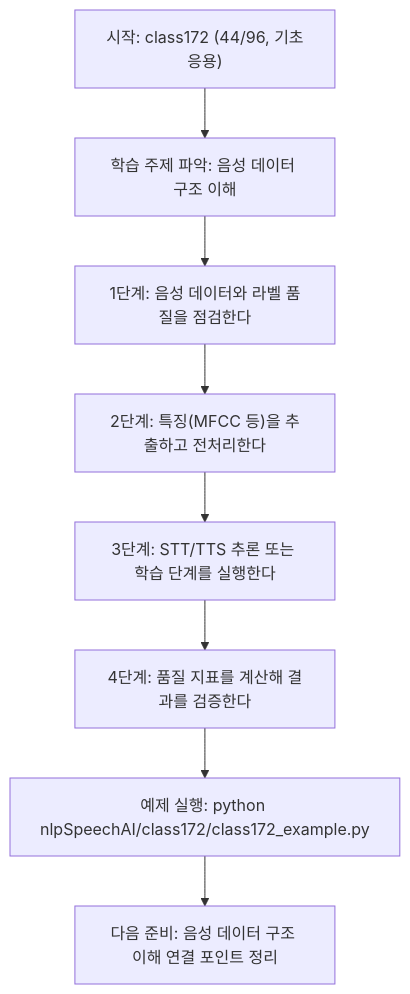
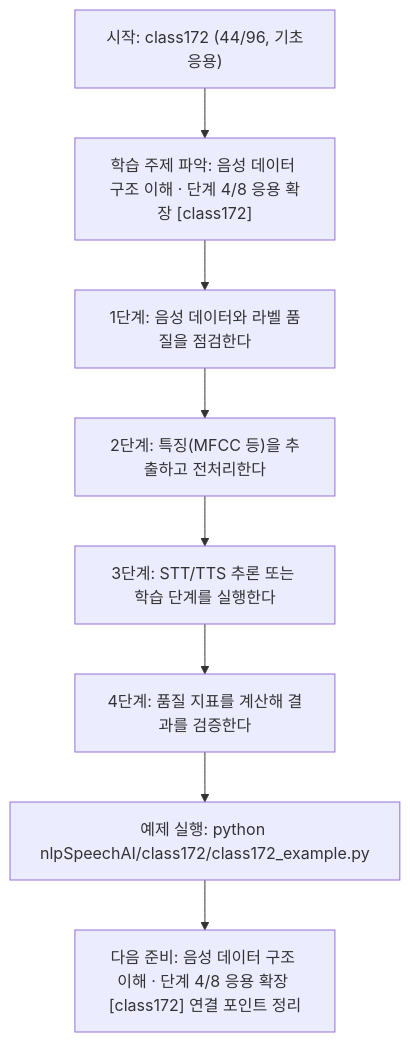
The diagram in nlpSpeechAI/class172/class172.md (edumgt/Python-AI_Agent-Class), drawn with Mermaid before and after one commit. The commit also changed other lines of this file and 522 other files, not shown here.

````diff
--- a/nlpSpeechAI/class172/class172.md
+++ b/nlpSpeechAI/class172/class172.md
@@ -114,18 +115,18 @@
 ```mermaid
 flowchart TD
 N1["시작: class172 (44/96, 기초응용)"]
-N2["학습 주제 파악: 음성 데이터 구조 이해"]
+N2["학습 주제 파악: 음성 데이터 구조 이해 · 단계 4/8 응용 확장 [class172]"]
 N3["1단계: 음성 데이터와 라벨 품질을 점검한다"]
 N4["2단계: 특징(MFCC 등)을 추출하고 전처리한다"]
 N5["3단계: STT/TTS 추론 또는 학습 단계를 실행한다"]
 N6["4단계: 품질 지표를 계산해 결과를 검증한다"]
 N7["예제 실행: python nlpSpeechAI/class172/class172_example.py"]
-N8["다음 준비: 음성 데이터 구조 이해 연결 포인트 정리"]
+N8["다음 준비: 음성 데이터 구조 이해 · 단계 4/8 응용 확장 [class172] 연결 포인트 정리"]
 N1 --> N2
 N2 --> N3
 N3 --> N4
 N4 --> N5
 N5 --> N6
 N6 --> N7
 N7 --> N8
 ```
````
